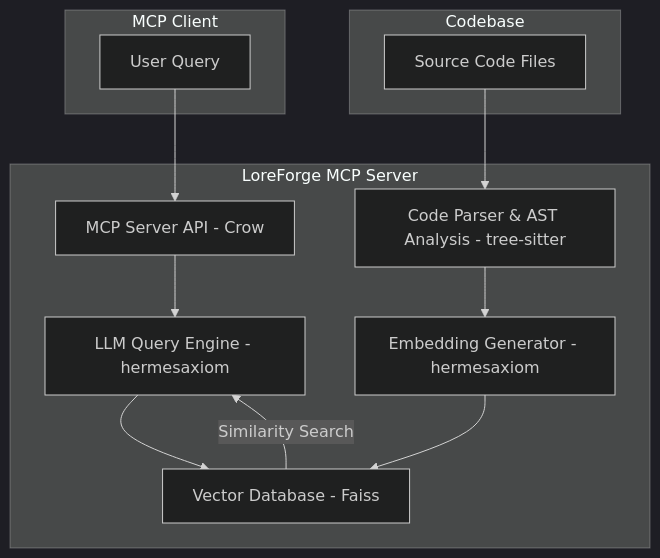
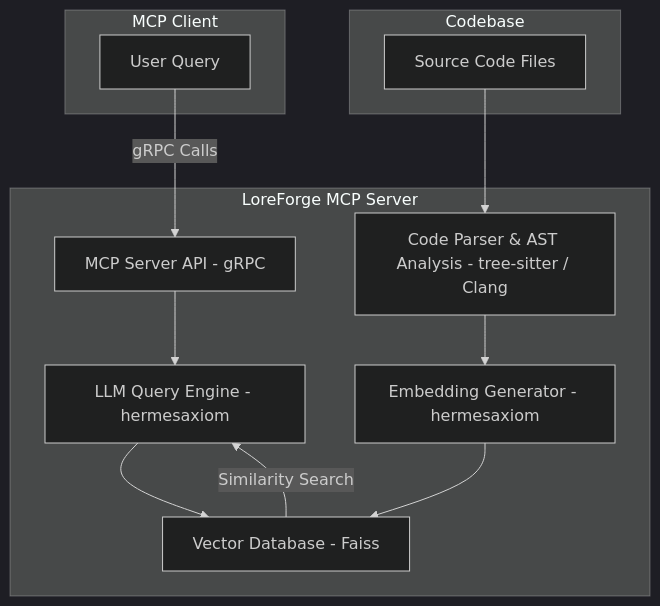
Before and after one commit to caseymcc/loreforge: the diagram in docs/development_plan.md, drawn with Mermaid (dark theme). The commit also changed other lines of this file and 2 other files, not shown here.

````diff
--- a/docs/development_plan.md
+++ b/docs/development_plan.md
@@ -26,26 +26,26 @@
 ```mermaid
 graph TD
     subgraph "MCP Client"
         A[User Query]
     end
 
     subgraph "LoreForge MCP Server"
-        B[MCP Server API - Crow]
+        B[MCP Server API - gRPC]
         C[LLM Query Engine - hermesaxiom]
         D[Vector Database - Faiss]
         E[Embedding Generator - hermesaxiom]
-        F[Code Parser & AST Analysis - tree-sitter]
+        F[Code Parser & AST Analysis - tree-sitter / Clang]
     end
 
     subgraph "Codebase"
         G[Source Code Files]
     end
 
-    A --> B
+    A -- "gRPC Calls" --> B
     B --> C
     C --> D
     D -- "Similarity Search" --> C
     F --> E
     E --> D
     G --> F
 ```
````
